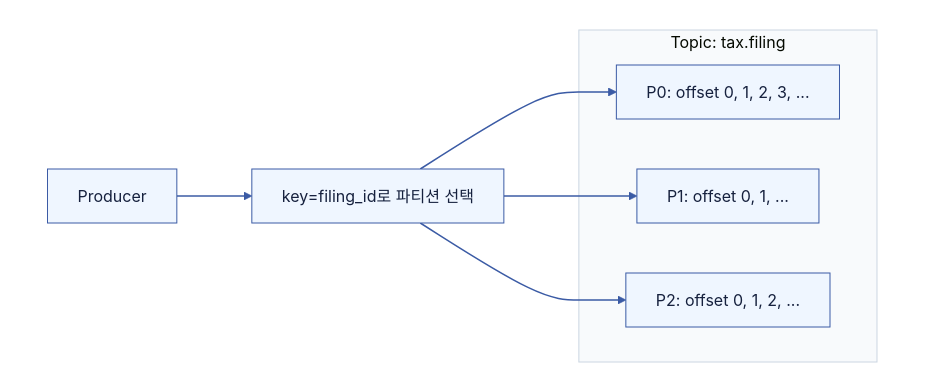
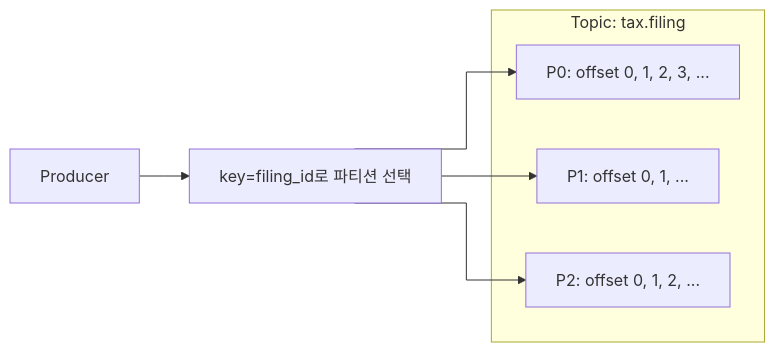
One commit to Hyune-s-lab/my-ai-study changed the first of 2 diagrams in computer-science/2606-kafka-구조.md. Above: the diagram before and after it, drawn with Mermaid. The commit also changed other lines of this file and 49 other files, not shown here.

Commit message:
docs: 단순 다이어그램은 Mermaid로, 복잡한 배치는 SVG로 정리

````diff
--- a/computer-science/2606-kafka-구조.md
+++ b/computer-science/2606-kafka-구조.md
@@ -67,25 +31,15 @@
 ```mermaid
 flowchart LR
-%%{init: {"theme": "base", "darkMode": false, "themeVariables": {"background": "#ffffff", "primaryColor": "#EFF6FF", "primaryTextColor": "#16213E", "primaryBorderColor": "#3B5BA5", "secondaryColor": "#F0FDF4", "tertiaryColor": "#FAF5FF", "lineColor": "#3B5BA5", "textColor": "#16213E", "edgeLabelBackground": "#ffffff", "clusterBkg": "#F8FAFC", "clusterBorder": "#CBD5E1"}}}%%
-  subgraph canvas[" "]
-    direction LR
-    producer["Producer"]
-    route["key=filing_id로 파티션 선택"]
-    subgraph topic["Topic: tax.filing"]
-      p0["P0: offset 0, 1, 2, 3, ..."]
-      p1["P1: offset 0, 1, ..."]
-      p2["P2: offset 0, 1, 2, ..."]
-    end
-    producer --> route
-    route --> p0
-    route --> p1
-    route --> p2
+%%{init: {"flowchart": {"curve": "stepAfter", "wrappingWidth": 400}}}%%
+  n_producer["Producer"]
+  n_route["key=filing_id로 파티션 선택"]
+  subgraph g_topic["Topic: tax.filing"]
+    n_p0["P0: offset 0, 1, 2, 3, ..."]
+    n_p1["P1: offset 0, 1, ..."]
+    n_p2["P2: offset 0, 1, 2, ..."]
   end
-  style canvas fill:#ffffff,stroke:#ffffff,color:#111827
-  linkStyle default stroke:#3B5BA5,stroke-width:1.5px
-  classDef app fill:#EFF6FF,stroke:#3B5BA5,stroke-width:1px,color:#16213E
-  class producer,route,p0,p1,p2 app
-  classDef db fill:#F0FDF4,stroke:#3F8E55,stroke-width:1px,color:#16213E
-  classDef policy fill:#FAF5FF,stroke:#A855F7,stroke-width:1px,color:#16213E
-  classDef worker fill:#FFF7ED,stroke:#C98A2B,stroke-width:1px,color:#16213E
+  n_producer --> n_route
+  n_route --> n_p0
+  n_route --> n_p1
+  n_route --> n_p2
 ```
````
